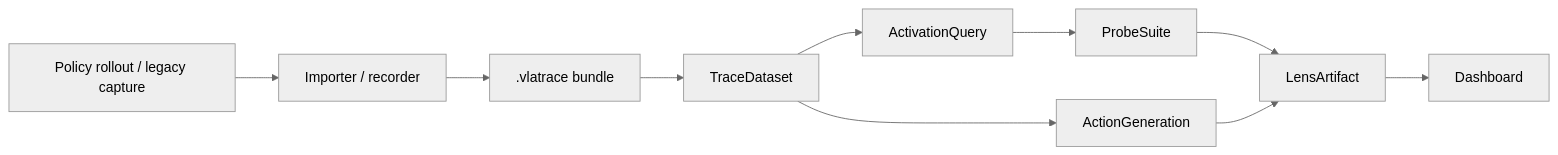
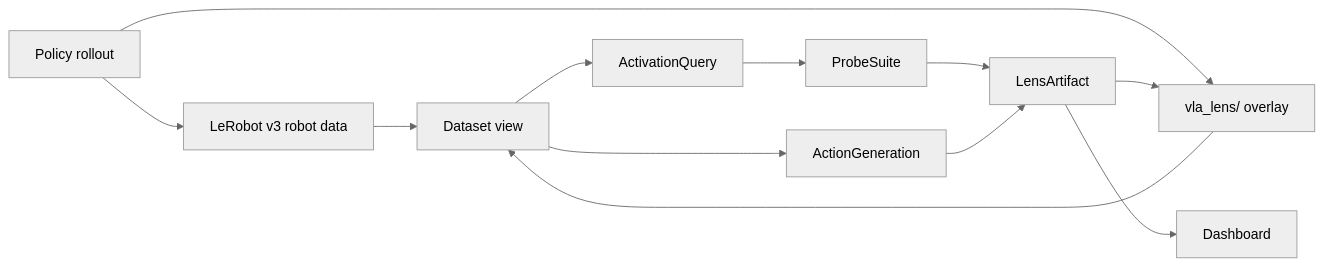
One commit to thajpo/vla-lens changed the diagram in README.md. Above: the diagram before and after it, drawn with Mermaid (neutral theme). The commit also changed other lines of this file and 9 other files, not shown here.

Commit message:
Add LeRobot v3 dataset contract

````diff
--- a/README.md
+++ b/README.md
@@ -314,12 +316,14 @@
 ```mermaid
 flowchart LR
-    Capture["Policy rollout / legacy capture"] --> Import["Importer / recorder"]
-    Import --> Trace[".vlatrace bundle"]
-    Trace --> Dataset["TraceDataset"]
+    Capture["Policy rollout"] --> Robot["LeRobot v3 robot data"]
+    Capture --> Overlay["vla_lens/ overlay"]
+    Robot --> Dataset["Dataset view"]
+    Overlay --> Dataset
     Dataset --> Selector["ActivationQuery"]
     Selector --> Probe["ProbeSuite"]
     Dataset --> Action["ActionGeneration"]
     Probe --> Artifact["LensArtifact"]
     Action --> Artifact
+    Artifact --> Overlay
     Artifact --> Dashboard["Dashboard"]
 ```
````
